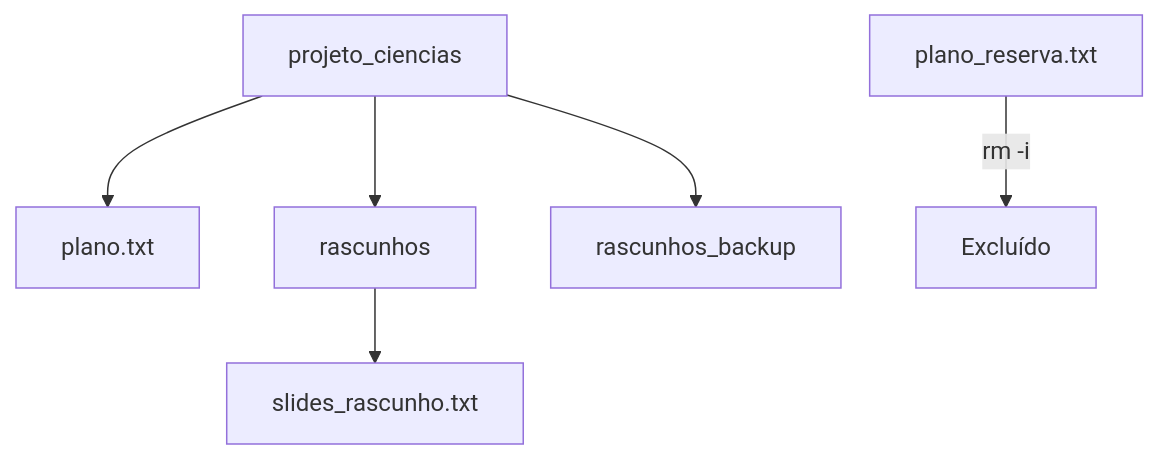
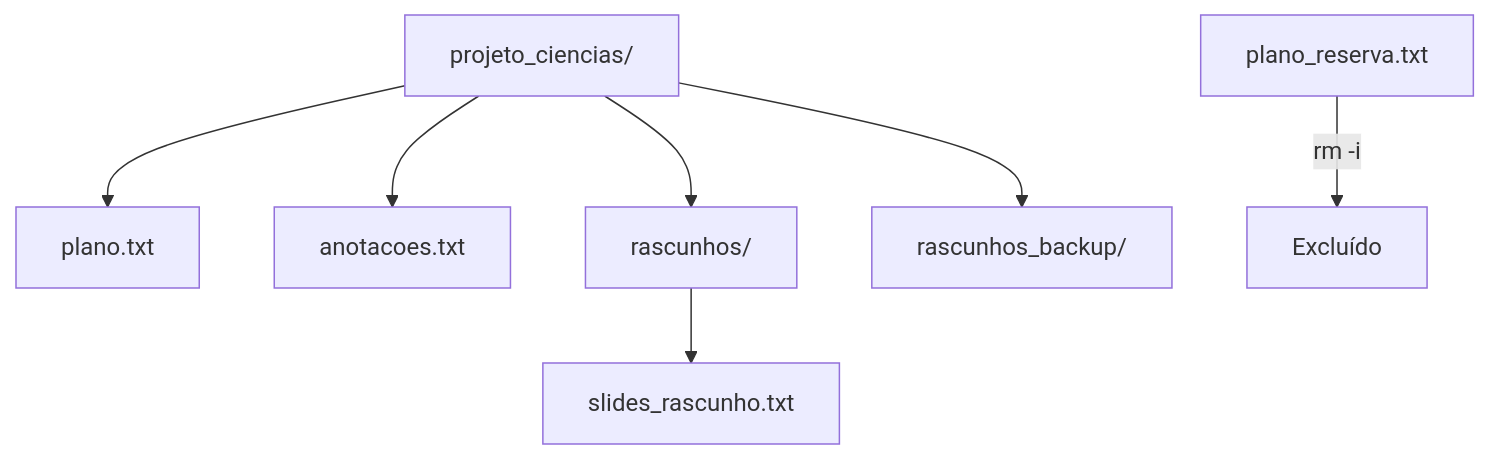
The sixth of 8 diagrams in 2-diretorios-gerenciamento.md (charlesfsantos/roteiros-linux), drawn with Mermaid before and after one commit. The commit also changed other lines of this file, not shown here.

````diff
--- a/2-diretorios-gerenciamento.md
+++ b/2-diretorios-gerenciamento.md
@@ -232,8 +223,9 @@
 ```mermaid
 graph TD
-    A[projeto_ciencias] --> B[plano.txt]
-    A --> F[rascunhos]
-    A --> G[rascunhos_backup]
+    A[projeto_ciencias/] --> B[plano.txt]
+    A --> C[anotacoes.txt]
+    A --> F[rascunhos/]
+    A --> G[rascunhos_backup/]
     F --> H[slides_rascunho.txt]
     I[plano_reserva.txt] -->|rm -i| X[Excluído]
 ```
````
